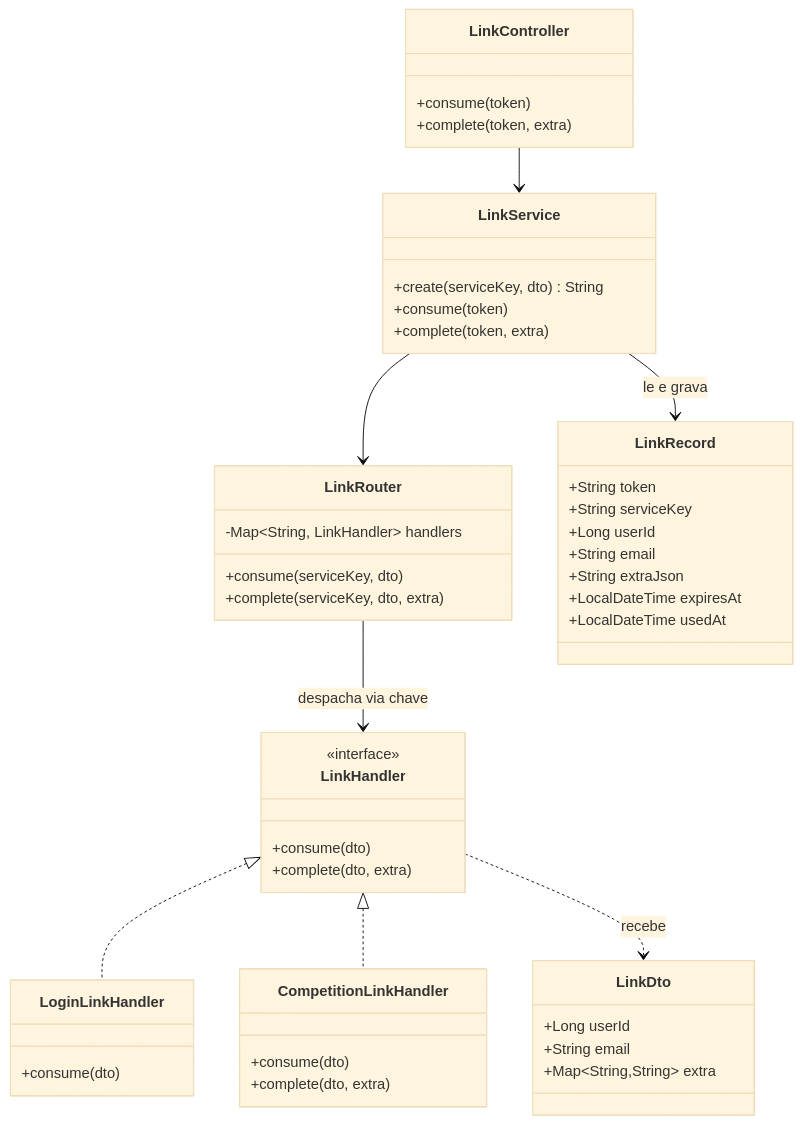
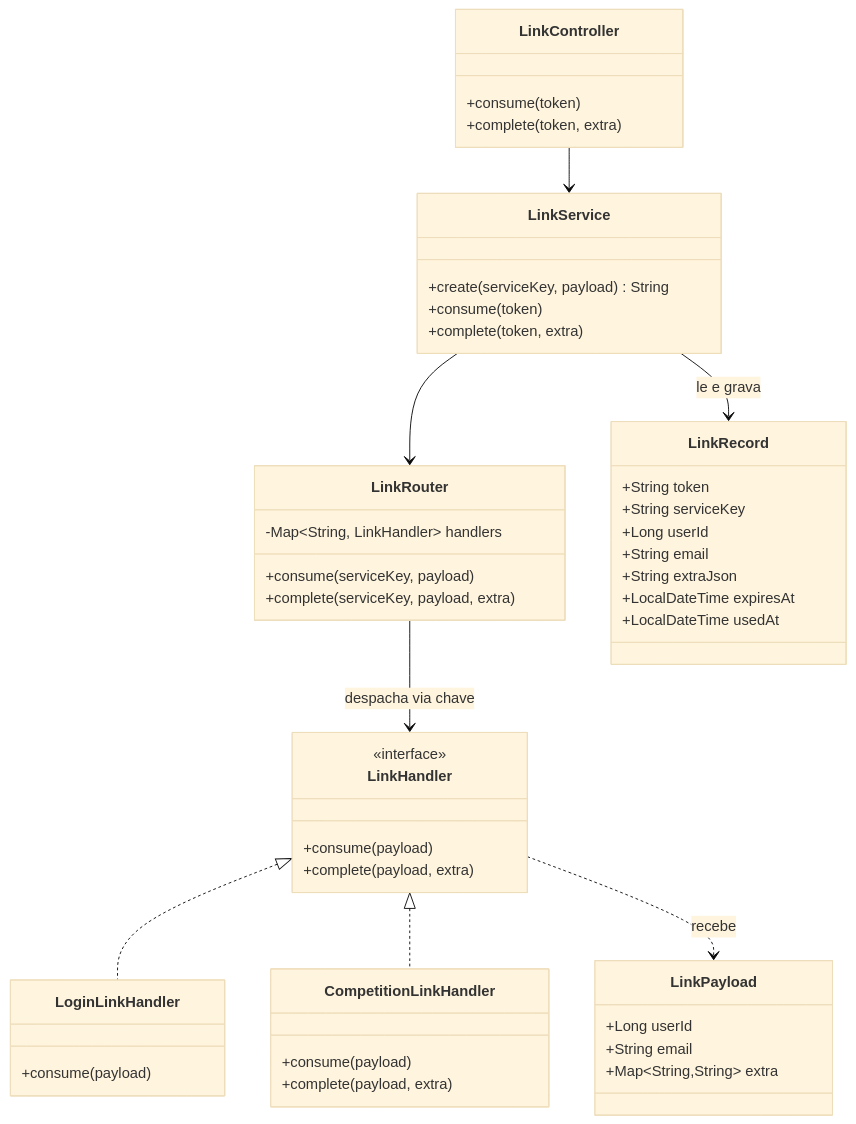
Before and after one commit to lalgarve/jogo-acoes: the second of 2 diagrams in specs/05-003-desacoplamento-login-link/spec.md, drawn with Mermaid (base theme). The commit also changed other lines of this file, not shown here.

Commit message:
docs: renomear LinkDto para LinkPayload (pacote link.dto) na spec 05-003

````diff
--- a/specs/05-003-desacoplamento-login-link/spec.md
+++ b/specs/05-003-desacoplamento-login-link/spec.md
@@ -132,51 +133,51 @@
 ```mermaid
 classDiagram
     class LinkController {
         +consume(token)
         +complete(token, extra)
     }
     class LinkService {
-        +create(serviceKey, dto) String
+        +create(serviceKey, payload) String
         +consume(token)
         +complete(token, extra)
     }
     class LinkRouter {
         -Map~String, LinkHandler~ handlers
-        +consume(serviceKey, dto)
-        +complete(serviceKey, dto, extra)
+        +consume(serviceKey, payload)
+        +complete(serviceKey, payload, extra)
     }
     class LinkRecord {
         +String token
         +String serviceKey
         +Long userId
         +String email
         +String extraJson
         +LocalDateTime expiresAt
         +LocalDateTime usedAt
     }
     class LinkHandler {
         <<interface>>
-        +consume(dto)
-        +complete(dto, extra)
+        +consume(payload)
+        +complete(payload, extra)
     }
-    class LinkDto {
+    class LinkPayload {
         +Long userId
         +String email
         +Map~String,String~ extra
     }
     class LoginLinkHandler {
-        +consume(dto)
+        +consume(payload)
     }
     class CompetitionLinkHandler {
-        +consume(dto)
-        +complete(dto, extra)
+        +consume(payload)
+        +complete(payload, extra)
     }
 
     LinkController --> LinkService
     LinkService --> LinkRecord : le e grava
     LinkService --> LinkRouter
     LinkRouter --> LinkHandler : despacha via chave
     LinkHandler <|.. LoginLinkHandler
     LinkHandler <|.. CompetitionLinkHandler
-    LinkHandler ..> LinkDto : recebe
+    LinkHandler ..> LinkPayload : recebe
 ```
````
